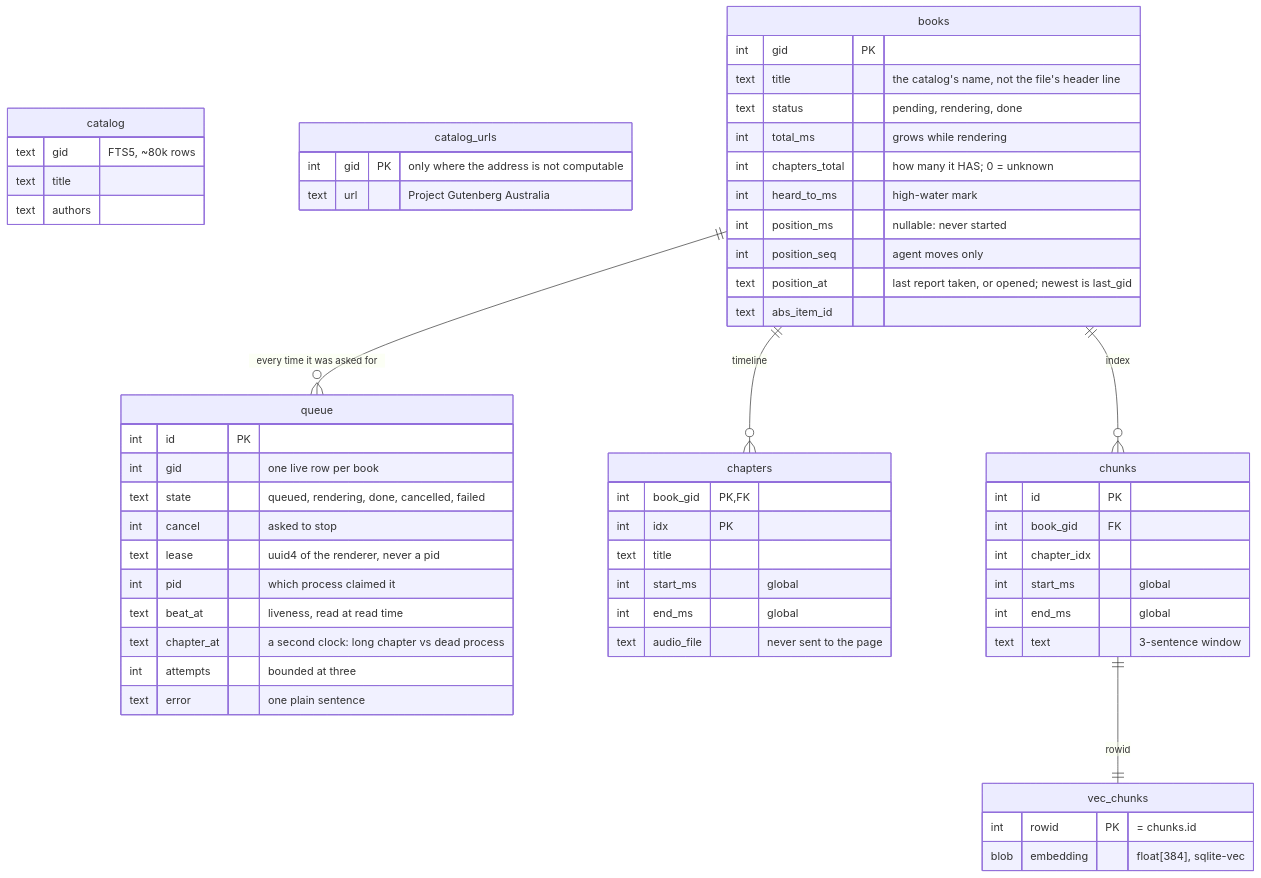
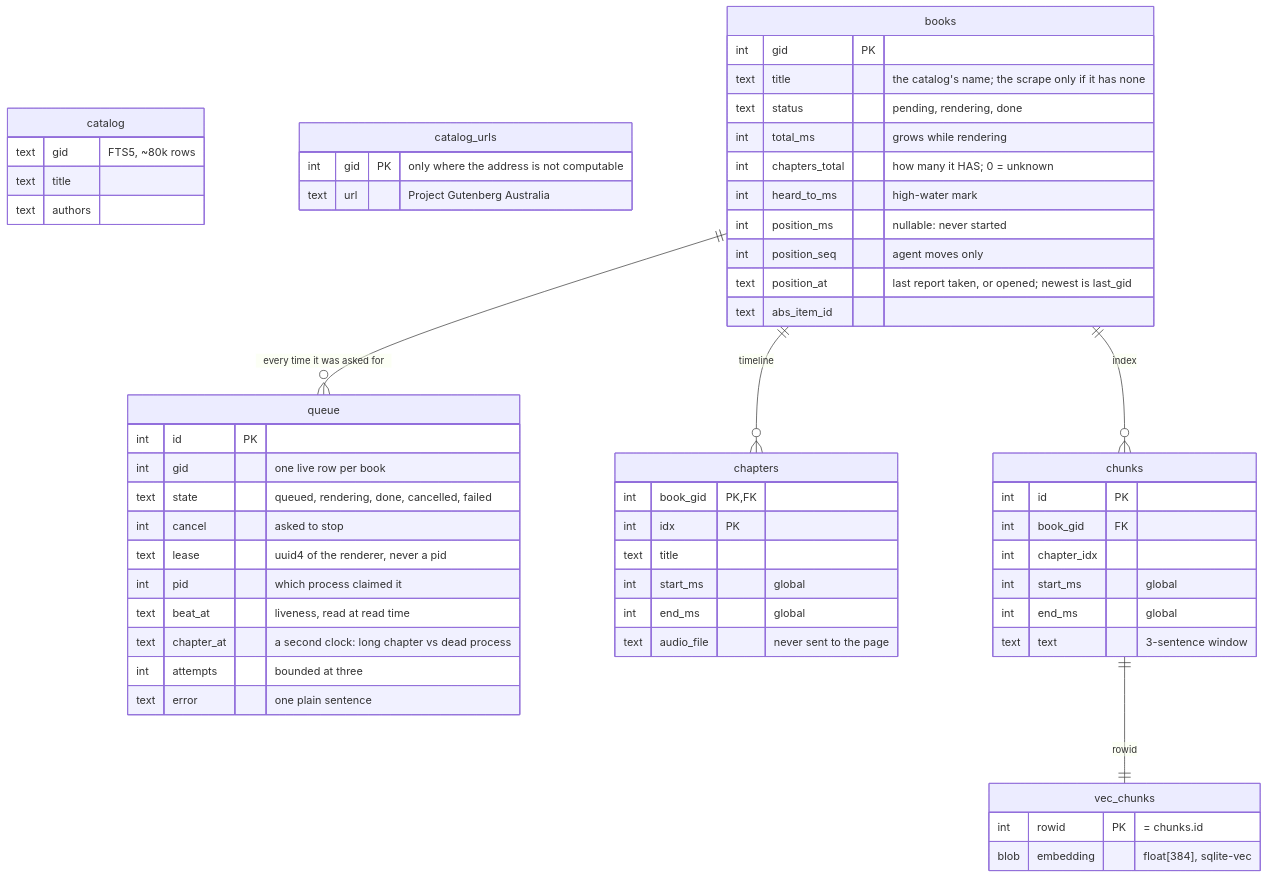
The third of 5 diagrams in docs/explanations/architecture.md (gilesknap/somnia), drawn with Mermaid before and after one commit. The commit also changed 2 other files, not shown here.

Commit message:
Say no to a nameless catalog row, in the repair as well as in ingest
Ingest already treats an empty catalog title as no title and keeps the scrape;
the repair did not, and would have written the empty string over a name the
book already had. Neither published list can get an empty title into the
catalog — the CSV import drops a row that has none, and the Australian index
cannot produce one, which is 0 of 81,893 on the real box — so this defends
against nothing today. It is here because the two places a book can be named
must not disagree about what counts as a name, and because the failure if that
ever changes is a book silently losing the one it had.

Pinned by a test that writes the empty title straight into the table, and which
fails without the guard rather than passing either way.

From CodeRabbit's review of #49.

````diff
--- a/docs/explanations/architecture.md
+++ b/docs/explanations/architecture.md
@@ -159,61 +159,61 @@
 ```mermaid
 erDiagram
   catalog {
     text gid "FTS5, ~80k rows"
     text title
     text authors
   }
   catalog_urls {
     int gid PK "only where the address is not computable"
     text url "Project Gutenberg Australia"
   }
   books {
     int gid PK
-    text title "the catalog's name, not the file's header line"
+    text title "the catalog's name; the scrape only if it has none"
     text status "pending, rendering, done"
     int total_ms "grows while rendering"
     int chapters_total "how many it HAS; 0 = unknown"
     int heard_to_ms "high-water mark"
     int position_ms "nullable: never started"
     int position_seq "agent moves only"
     text position_at "last report taken, or opened; newest is last_gid"
     text abs_item_id
   }
   queue {
     int id PK
     int gid "one live row per book"
     text state "queued, rendering, done, cancelled, failed"
     int cancel "asked to stop"
     text lease "uuid4 of the renderer, never a pid"
     int pid "which process claimed it"
     text beat_at "liveness, read at read time"
     text chapter_at "a second clock: long chapter vs dead process"
     int attempts "bounded at three"
     text error "one plain sentence"
   }
   chapters {
     int book_gid PK, FK
     int idx PK
     text title
     int start_ms "global"
     int end_ms "global"
     text audio_file "never sent to the page"
   }
   chunks {
     int id PK
     int book_gid FK
     int chapter_idx
     int start_ms "global"
     int end_ms "global"
     text text "3-sentence window"
   }
   vec_chunks {
     int rowid PK "= chunks.id"
     blob embedding "float[384], sqlite-vec"
   }
 
   books ||--o{ chapters : "timeline"
   books ||--o{ chunks : "index"
   chunks ||--|| vec_chunks : "rowid"
   books ||--o{ queue : "every time it was asked for"
 ```
````
